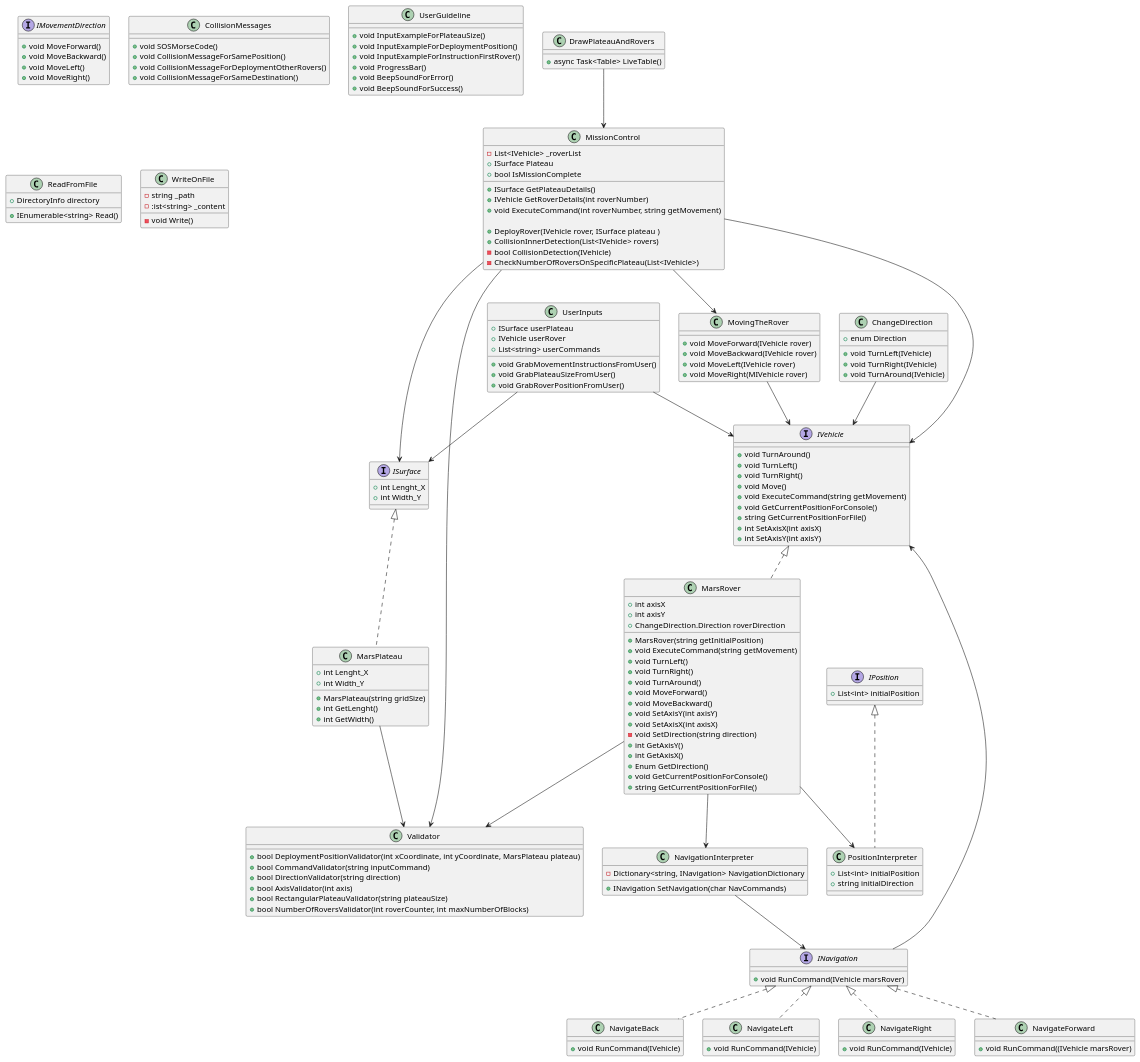
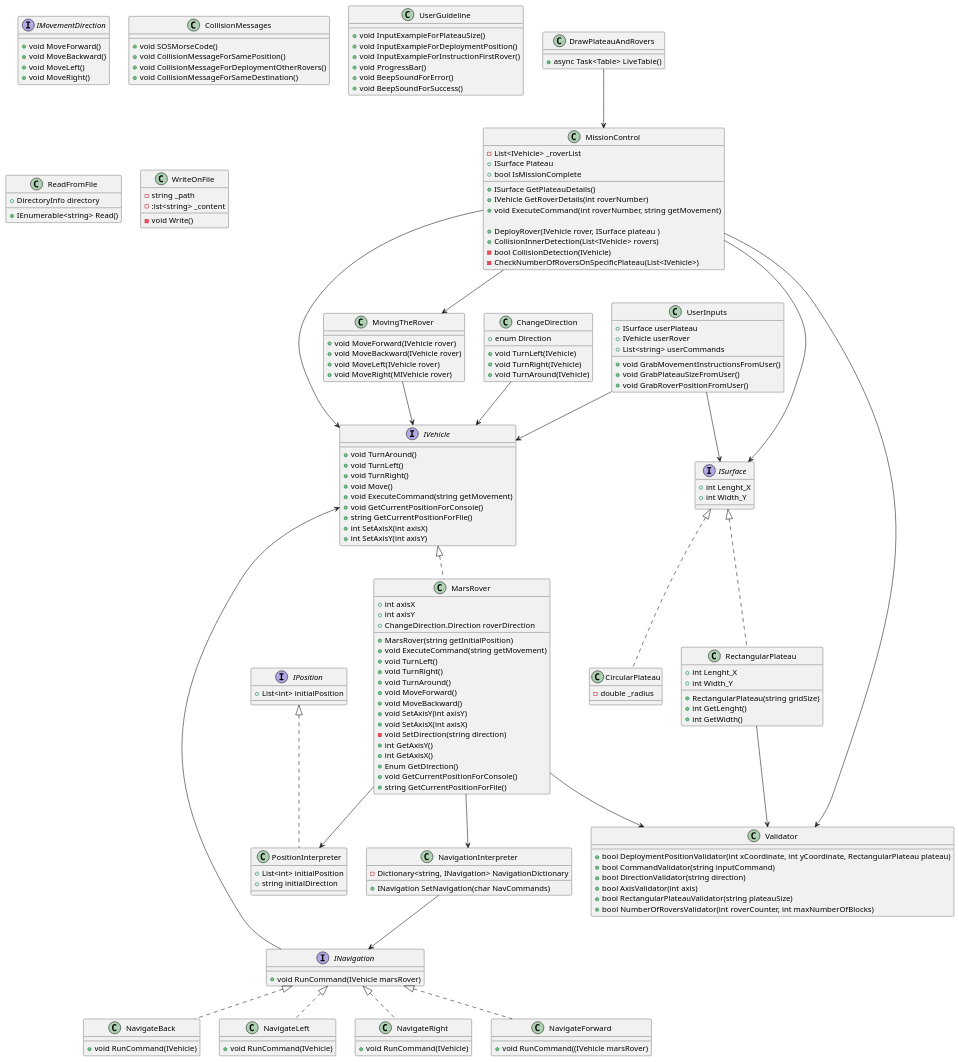
Before and after one commit to vahidkianfar/Mars-Rover-Project: the diagram in Mars-Rover-Project/UML-Diagram/MarsRover.puml, drawn with PlantUML. The commit also changed 15 other files, not shown here.

Commit message:
Added CircularPlateau.cs but not implemented yet! change "MarsPlateau" name to "RectangularPlateau", Updated UML.

```diff
--- a/Mars-Rover-Project/UML-Diagram/MarsRover.puml
+++ b/Mars-Rover-Project/UML-Diagram/MarsRover.puml
@@ -76,13 +76,17 @@
 - CheckNumberOfRoversOnSpecificPlateau(List<IVehicle>)
 
 }
-class MarsPlateau implements ISurface
+class RectangularPlateau implements ISurface
 {
 + int Lenght_X
 + int Width_Y
-+ MarsPlateau(string gridSize)
++ RectangularPlateau(string gridSize)
 + int GetLenght()
 + int GetWidth()
+}
+class CircularPlateau implements ISurface
+{
+- double _radius
 }
 class NavigateBack implements INavigation
 {
@@ -129,7 +133,7 @@
 }
 class Validator
 {
-+ bool DeploymentPositionValidator(int xCoordinate, int yCoordinate, MarsPlateau plateau)
++ bool DeploymentPositionValidator(int xCoordinate, int yCoordinate, RectangularPlateau plateau)
 + bool CommandValidator(string inputCommand)
 + bool DirectionValidator(string direction)
 + bool AxisValidator(int axis)
@@ -190,7 +194,7 @@
 
 NavigationInterpreter --> INavigation
 
-MarsPlateau --> Validator
+RectangularPlateau --> Validator
 
 MissionControl --> IVehicle
 MissionControl --> ISurface
```
